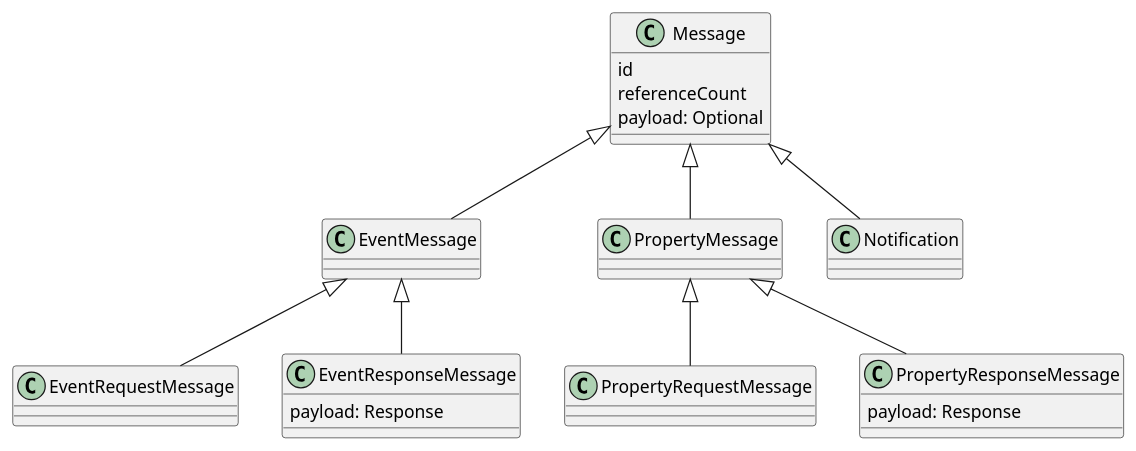
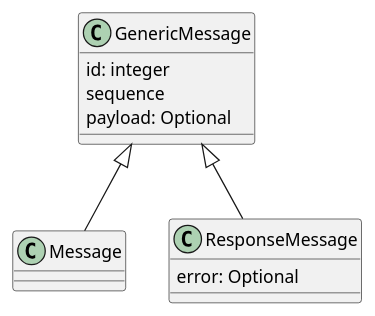
The first of 3 diagrams in doc/Architecture.md (schoener-one/sugo-machine-application), drawn with PlantUML before and after one commit. The commit also changed other lines of this file and 494 other files, not shown here.

````diff
--- a/doc/Architecture.md
+++ b/doc/Architecture.md
@@ -146,22 +103,14 @@
 ```plantuml
 @startuml
-Message <|-- EventMessage
-class Message {
-  id
-  referenceCount
+GenericMessage <|-- Message
+class GenericMessage {
+  id: integer
+  sequence
   payload: Optional
 }
-EventMessage <|-- EventRequestMessage
-EventMessage <|-- EventResponseMessage
-class EventResponseMessage {
-  payload: Response
+GenericMessage <|-- ResponseMessage
+class ResponseMessage {
+  error: Optional
 }
-Message <|-- PropertyMessage
-PropertyMessage <|-- PropertyRequestMessage
-PropertyMessage <|-- PropertyResponseMessage
-class PropertyResponseMessage {
-  payload: Response
-}
-Message <|-- Notification
 @enduml
 ```
````
